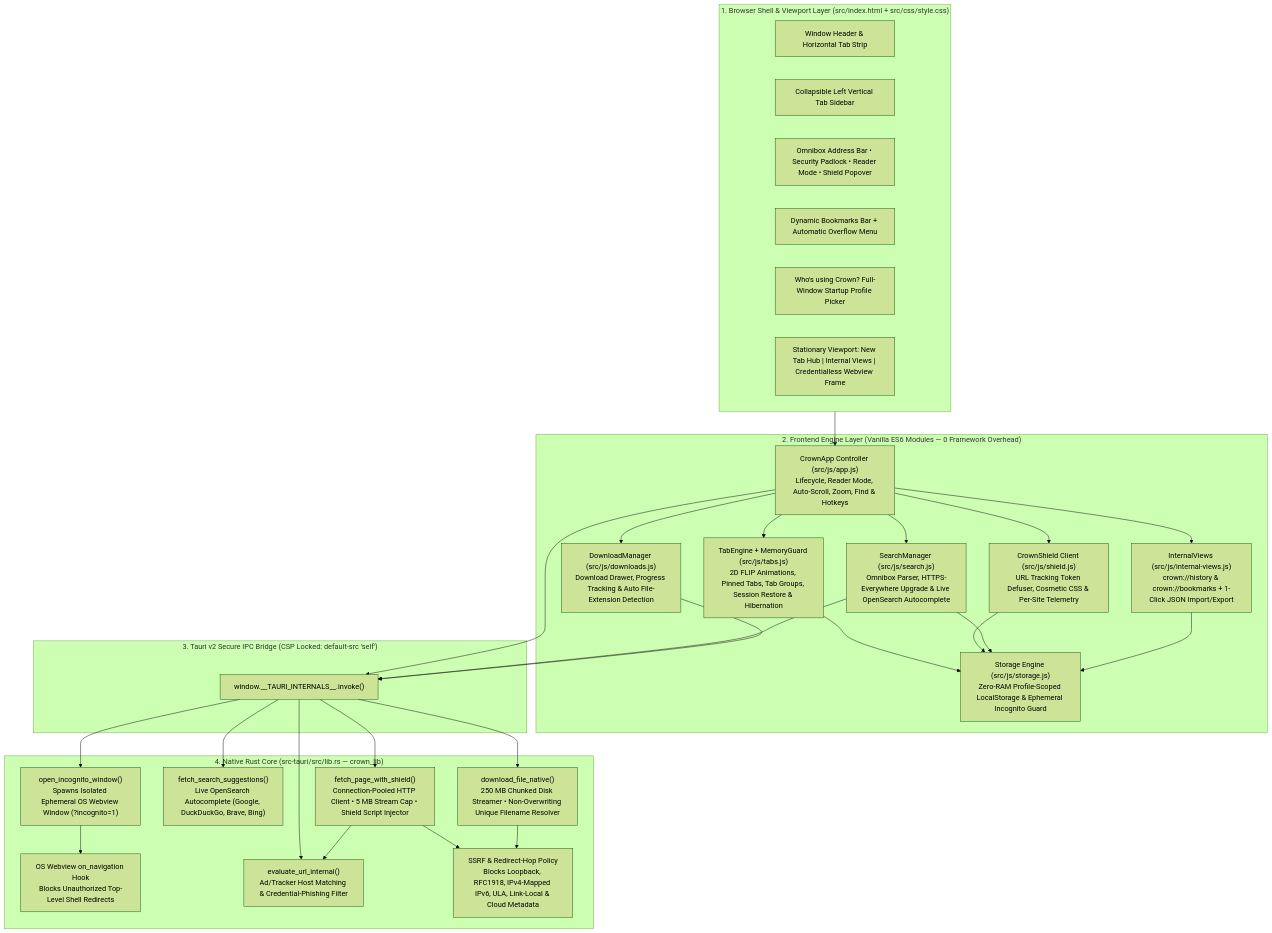
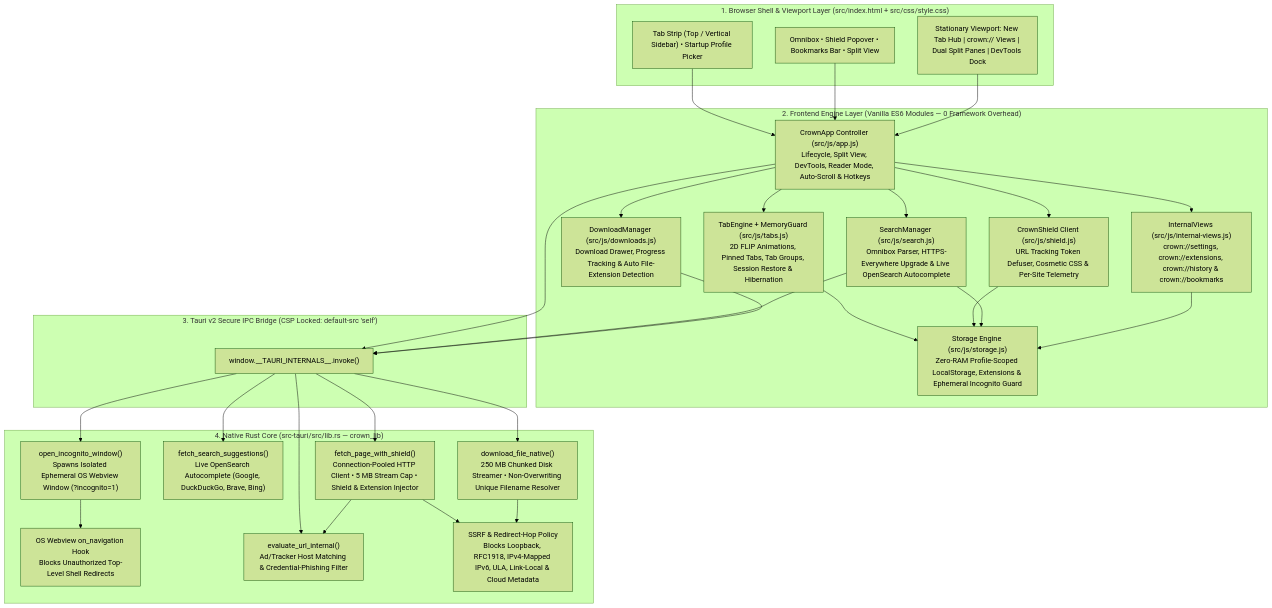
The first of 2 diagrams in README.md (PI-Prasaad-Krishna/Crown), drawn with Mermaid (forest theme) before and after one commit. The commit also changed other lines of this file and 8 other files, not shown here.

Commit message:
feat: add crown://settings suite, sandboxed extensions, split view, devtools & fix mermaid diagram

````diff
--- a/README.md
+++ b/README.md
@@ -17,61 +17,43 @@
 ```mermaid
 flowchart TB
   subgraph UI["1. Browser Shell & Viewport Layer (src/index.html + src/css/style.css)"]
-    Header["Window Header & Horizontal Tab Strip"]
-    Sidebar["Collapsible Left Vertical Tab Sidebar"]
-    Navbar["Omnibox Address Bar • Security Padlock • Reader Mode • Shield Popover"]
-    BMBar["Dynamic Bookmarks Bar + Automatic Overflow Menu"]
-    Picker["Who's using Crown? Full-Window Startup Profile Picker"]
-    Viewport["Stationary Viewport: New Tab Hub | Internal Views | Credentialless Webview Frame"]
+    UI_Tabs["Tab Strip (Top / Vertical Sidebar) • Startup Profile Picker"]
+    UI_Nav["Omnibox • Shield Popover • Bookmarks Bar • Split View"]
+    UI_View["Stationary Viewport: New Tab Hub | crown:// Views | Dual Split Panes | DevTools Dock"]
   end
 
   subgraph Frontend["2. Frontend Engine Layer (Vanilla ES6 Modules — 0 Framework Overhead)"]
-    App["CrownApp Controller (src/js/app.js)<br/>Lifecycle, Reader Mode, Auto-Scroll, Zoom, Find & Hotkeys"]
+    App["CrownApp Controller (src/js/app.js)<br/>Lifecycle, Split View, DevTools, Reader Mode, Auto-Scroll & Hotkeys"]
     Tabs["TabEngine + MemoryGuard (src/js/tabs.js)<br/>2D FLIP Animations, Pinned Tabs, Tab Groups, Session Restore & Hibernation"]
     ShieldJS["CrownShield Client (src/js/shield.js)<br/>URL Tracking Token Defuser, Cosmetic CSS & Per-Site Telemetry"]
     Search["SearchManager (src/js/search.js)<br/>Omnibox Parser, HTTPS-Everywhere Upgrade & Live OpenSearch Autocomplete"]
-    Views["InternalViews (src/js/internal-views.js)<br/>crown://history & crown://bookmarks + 1-Click JSON Import/Export"]
+    Views["InternalViews (src/js/internal-views.js)<br/>crown://settings, crown://extensions, crown://history & crown://bookmarks"]
     DL["DownloadManager (src/js/downloads.js)<br/>Download Drawer, Progress Tracking & Auto File-Extension Detection"]
-    Store["Storage Engine (src/js/storage.js)<br/>Zero-RAM Profile-Scoped LocalStorage & Ephemeral Incognito Guard"]
+    Store["Storage Engine (src/js/storage.js)<br/>Zero-RAM Profile-Scoped LocalStorage, Extensions & Ephemeral Incognito Guard"]
   end
 
   subgraph IPC["3. Tauri v2 Secure IPC Bridge (CSP Locked: default-src 'self')"]
     Invoke["window.__TAURI_INTERNALS__.invoke()"]
   end
 
   subgraph RustCore["4. Native Rust Core (src-tauri/src/lib.rs — crown_lib)"]
     NavGuard["OS Webview on_navigation Hook<br/>Blocks Unauthorized Top-Level Shell Redirects"]
     EvalEngine["evaluate_url_internal()<br/>Ad/Tracker Host Matching & Credential-Phishing Filter"]
     SSRFGuard["SSRF & Redirect-Hop Policy<br/>Blocks Loopback, RFC1918, IPv4-Mapped IPv6, ULA, Link-Local & Cloud Metadata"]
-    ShieldProxy["fetch_page_with_shield()<br/>Connection-Pooled HTTP Client • 5 MB Stream Cap • Shield Script Injector"]
+    ShieldProxy["fetch_page_with_shield()<br/>Connection-Pooled HTTP Client • 5 MB Stream Cap • Shield & Extension Injector"]
     SuggestAPI["fetch_search_suggestions()<br/>Live OpenSearch Autocomplete (Google, DuckDuckGo, Brave, Bing)"]
     NativeDL["download_file_native()<br/>250 MB Chunked Disk Streamer • Non-Overwriting Unique Filename Resolver"]
     IncogWin["open_incognito_window()<br/>Spawns Isolated Ephemeral OS Webview Window (?incognito=1)"]
   end
 
-  UI --> App
-  App --> Tabs
-  App --> ShieldJS
-  App --> Search
-  App --> Views
-  App --> DL
-  Tabs --> Store
-  ShieldJS --> Store
-  Search --> Store
-  Views --> Store
+  UI_Tabs & UI_Nav & UI_View --> App
+  App --> Tabs & ShieldJS & Search & Views & DL
+  Tabs & ShieldJS & Search & Views --> Store
 
-  App --> Invoke
-  Search --> Invoke
-  DL --> Invoke
+  App & Search & DL --> Invoke
+  Invoke --> ShieldProxy & SuggestAPI & NativeDL & IncogWin & EvalEngine
 
-  Invoke --> ShieldProxy
-  Invoke --> SuggestAPI
-  Invoke --> NativeDL
-  Invoke --> IncogWin
-  Invoke --> EvalEngine
-
-  ShieldProxy --> SSRFGuard
-  ShieldProxy --> EvalEngine
+  ShieldProxy --> SSRFGuard & EvalEngine
   NativeDL --> SSRFGuard
   IncogWin --> NavGuard
 ```
````
